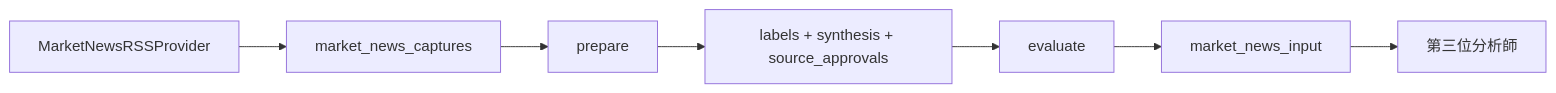
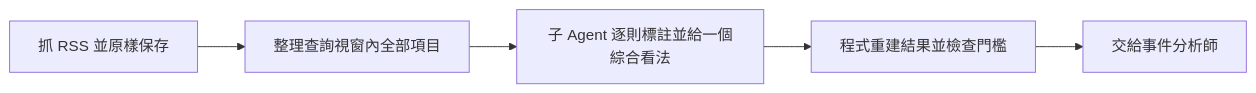
The diagram in docs/market_news_integration.md (zxcvb8885123/ETF-AGENTS), drawn with Mermaid before and after one commit. The commit also changed other lines of this file and 7 other files, not shown here.

````diff
--- a/docs/market_news_integration.md
+++ b/docs/market_news_integration.md
@@ -14,9 +13,7 @@
 ```mermaid
 flowchart LR
-  A[MarketNewsRSSProvider] --> B[market_news_captures]
-  B --> C[prepare]
-  C --> D[labels + synthesis + source_approvals]
-  D --> E[evaluate]
-  E --> F[market_news_input]
-  F --> G[第三位分析師]
+  A[抓 RSS 並原樣保存] --> B[整理查詢視窗內全部項目]
+  B --> C[子 Agent 逐則標註並給一個綜合看法]
+  C --> D[程式重建結果並檢查門檻]
+  D --> E[交給事件分析師]
 ```
````
